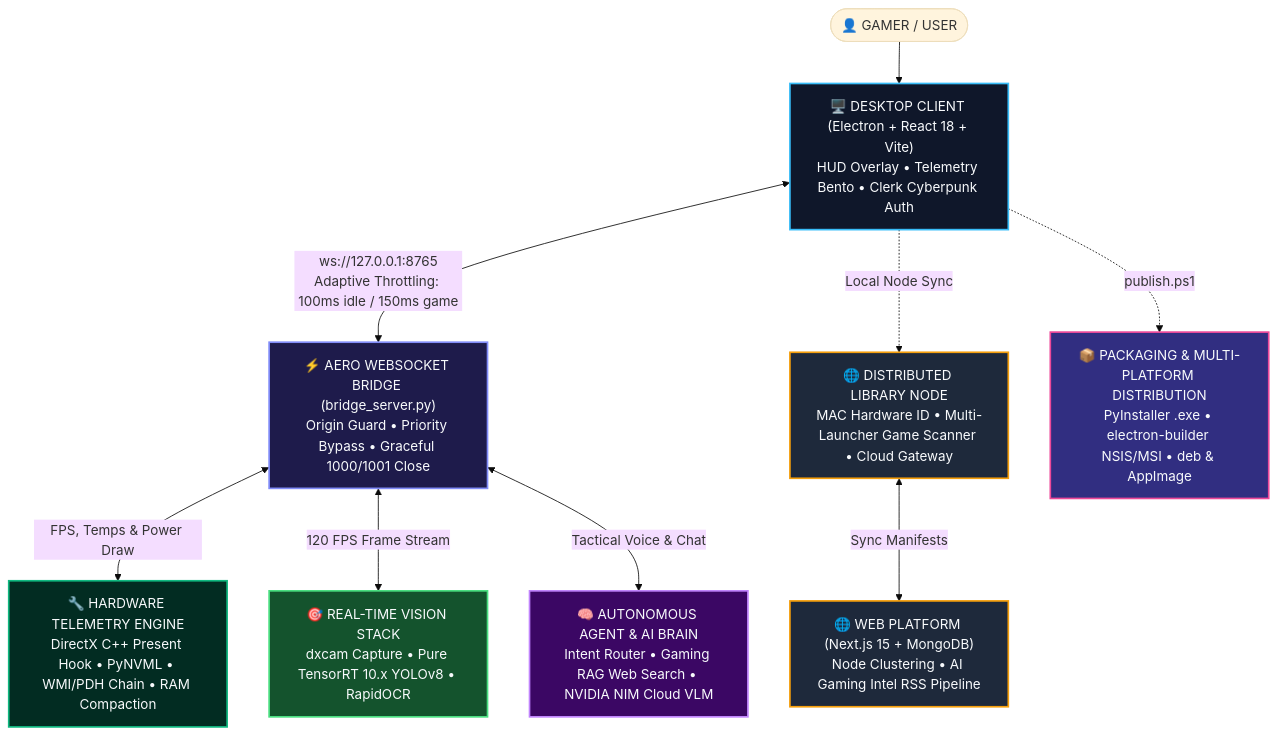
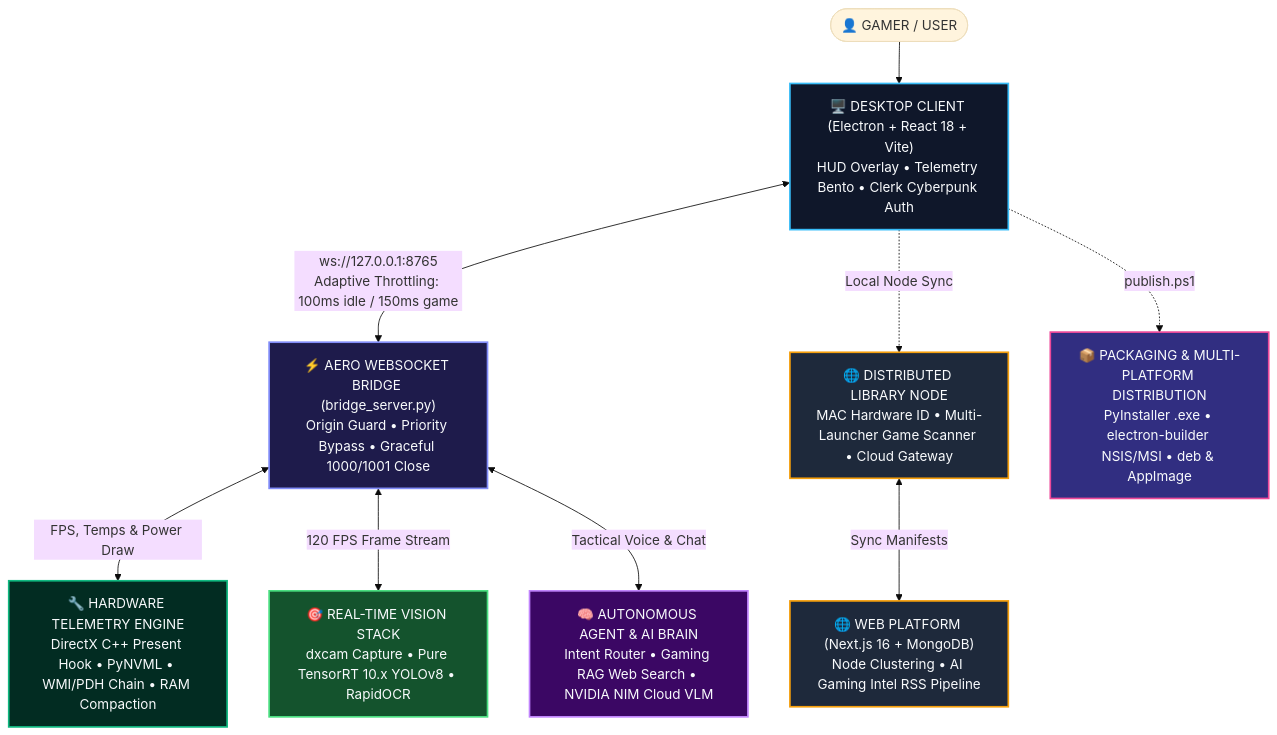
One commit to arnab825/Mission-Control changed the diagram in README.md. Above: the diagram before and after it, drawn with Mermaid (base theme). The commit also changed other lines of this file and 4 other files, not shown here.

Commit message:
feat: initialize website package configuration and update README architecture table

````diff
--- a/README.md
+++ b/README.md
@@ -139,23 +133,23 @@
 ```mermaid
 flowchart TD
     classDef client fill:#0f172a,stroke:#38bdf8,stroke-width:2px,color:#f8fafc;
     classDef bridge fill:#1e1b4b,stroke:#818cf8,stroke-width:2px,color:#f8fafc;
     classDef telemetry fill:#022c22,stroke:#10b981,stroke-width:2px,color:#f8fafc;
     classDef vision fill:#14532d,stroke:#4ade80,stroke-width:2px,color:#f8fafc;
     classDef ai fill:#3b0764,stroke:#c084fc,stroke-width:2px,color:#f8fafc;
     classDef cluster fill:#1e293b,stroke:#f59e0b,stroke-width:2px,color:#f8fafc;
     classDef release fill:#312e81,stroke:#ec4899,stroke-width:2px,color:#f8fafc;
 
     User(["👤 GAMER / USER"]) --> Desktop["🖥️ DESKTOP CLIENT (Electron + React 18 + Vite)<br/>HUD Overlay • Telemetry Bento • Clerk Cyberpunk Auth"]:::client
     
     Desktop <-->|"ws://127.0.0.1:8765<br/>Adaptive Throttling: 100ms idle / 150ms game"| Bridge["⚡ AERO WEBSOCKET BRIDGE (bridge_server.py)<br/>Origin Guard • Priority Bypass • Graceful 1000/1001 Close"]:::bridge
 
     Bridge <-->|"FPS, Temps & Power Draw"| Telemetry["🔧 HARDWARE TELEMETRY ENGINE<br/>DirectX C++ Present Hook • PyNVML • WMI/PDH Chain • RAM Compaction"]:::telemetry
     Bridge <-->|"120 FPS Frame Stream"| Vision["🎯 REAL-TIME VISION STACK<br/>dxcam Capture • Pure TensorRT 10.x YOLOv8 • RapidOCR"]:::vision
     Bridge <-->|"Tactical Voice & Chat"| Agent["🧠 AUTONOMOUS AGENT & AI BRAIN<br/>Intent Router • Gaming RAG Web Search • NVIDIA NIM Cloud VLM"]:::ai
 
     Desktop -.->|"Local Node Sync"| NodeDaemon["🌐 DISTRIBUTED LIBRARY NODE<br/>MAC Hardware ID • Multi-Launcher Game Scanner • Cloud Gateway"]:::cluster
-    NodeDaemon <-->|"Sync Manifests"| WebPortal["🌐 WEB PLATFORM (Next.js 15 + MongoDB)<br/>Node Clustering • AI Gaming Intel RSS Pipeline"]:::cluster
+    NodeDaemon <-->|"Sync Manifests"| WebPortal["🌐 WEB PLATFORM (Next.js 16 + MongoDB)<br/>Node Clustering • AI Gaming Intel RSS Pipeline"]:::cluster
 
     Desktop -.->|"publish.ps1"| Packaging["📦 PACKAGING & MULTI-PLATFORM DISTRIBUTION<br/>PyInstaller .exe • electron-builder NSIS/MSI • deb & AppImage"]:::release
 ```
````
